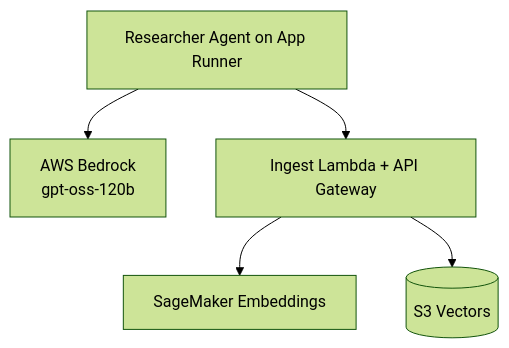
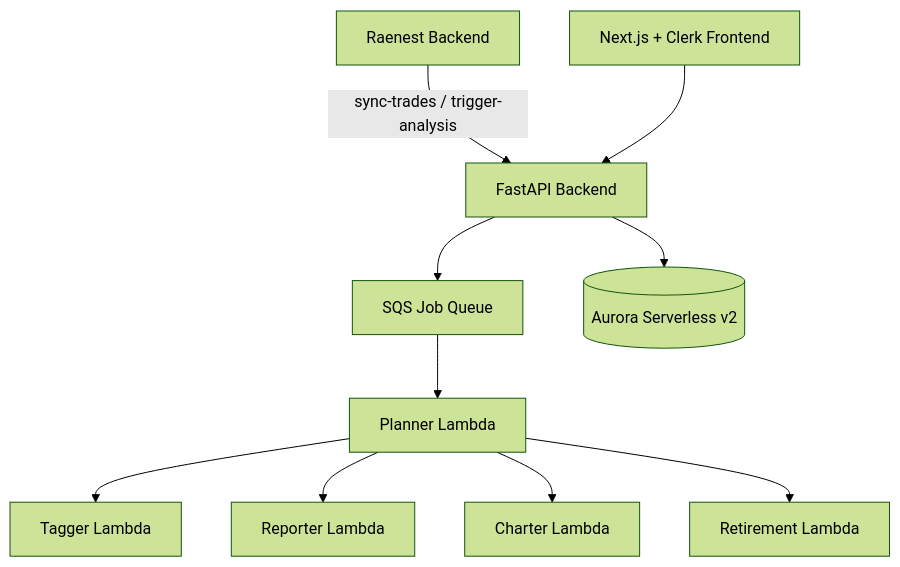
The diagram in README.md (iJoshy/alex), drawn with Mermaid (forest theme) before and after one commit. The commit also changed other lines of this file, not shown here.

````diff
--- a/README.md
+++ b/README.md
@@ -55,7 +42,13 @@
 ```mermaid
 graph TB
-    Researcher[Researcher Agent on App Runner] --> Bedrock[AWS Bedrock<br/>gpt-oss-120b]
-    Researcher --> Ingest[Ingest Lambda + API Gateway]
-    Ingest --> SageMaker[SageMaker Embeddings]
-    Ingest --> V[(S3 Vectors)]
+    API[FastAPI Backend] --> Q[SQS Job Queue]
+    Q --> P[Planner Lambda]
+    P --> T[Tagger Lambda]
+    P --> RP[Reporter Lambda]
+    P --> C[Charter Lambda]
+    P --> RT[Retirement Lambda]
+    API --> DB[(Aurora Serverless v2)]
+
+    RAENEST[Raenest Backend] -->|sync-trades / trigger-analysis| API
+    UI[Next.js + Clerk Frontend] --> API
 ```
````
